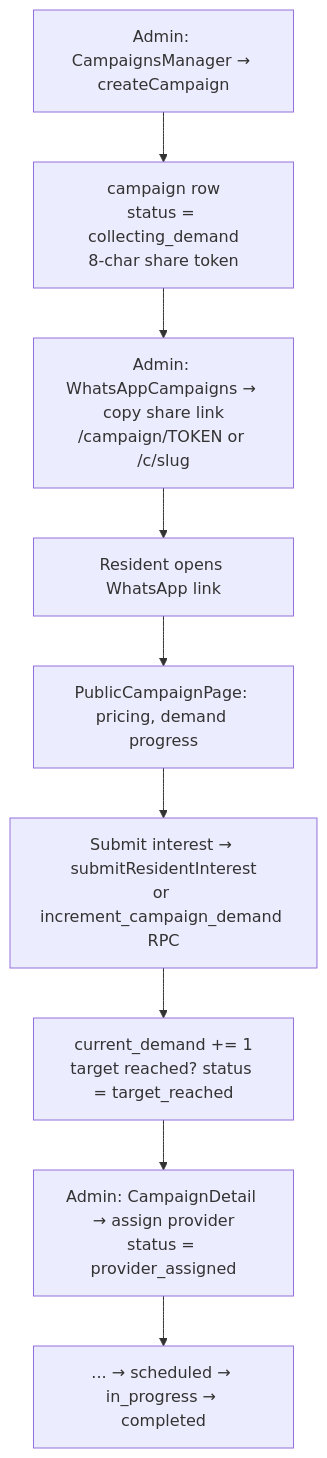
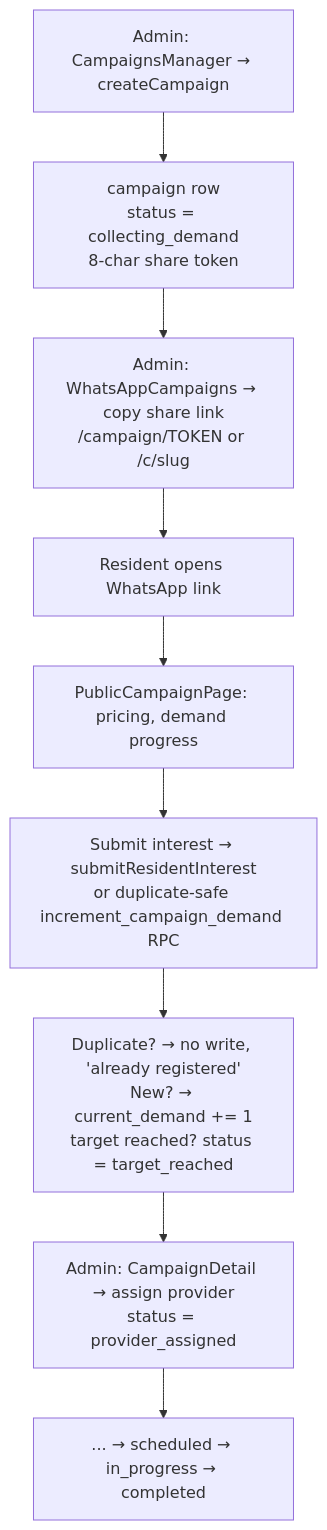
Before and after one commit to gangonekarunya09-maker/GK_APARTMENT_CARE: the third of 5 diagrams in WORKFLOW.md, drawn with Mermaid. The commit also changed 8 other files, not shown here.

````diff
--- a/WORKFLOW.md
+++ b/WORKFLOW.md
@@ -120,11 +120,11 @@
 ```mermaid
 flowchart TD
     A[Admin: CampaignsManager → createCampaign] --> B[campaign row<br/>status = collecting_demand<br/>8-char share token]
     B --> C[Admin: WhatsAppCampaigns → copy share link<br/>/campaign/TOKEN or /c/slug]
     C --> D[Resident opens WhatsApp link]
     D --> E[PublicCampaignPage: pricing, demand progress]
-    E --> F[Submit interest → submitResidentInterest<br/>or increment_campaign_demand RPC]
-    F --> G[current_demand += 1<br/>target reached? status = target_reached]
+    E --> F[Submit interest → submitResidentInterest<br/>or duplicate-safe increment_campaign_demand RPC]
+    F --> G[Duplicate? → no write, 'already registered'<br/>New? → current_demand += 1<br/>target reached? status = target_reached]
     G --> H[Admin: CampaignDetail → assign provider<br/>status = provider_assigned]
     H --> I[... → scheduled → in_progress → completed]
 ```
````
